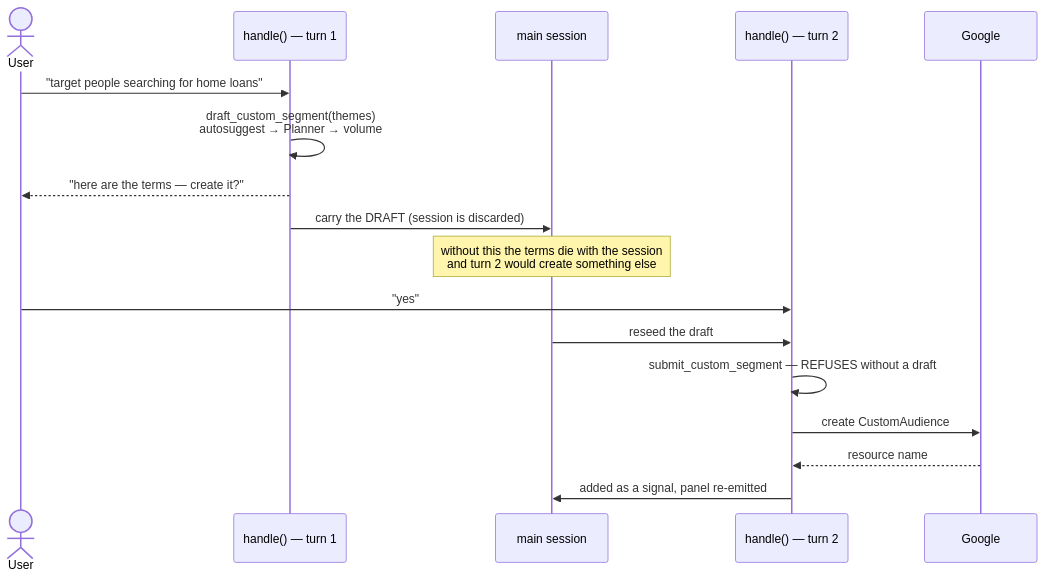
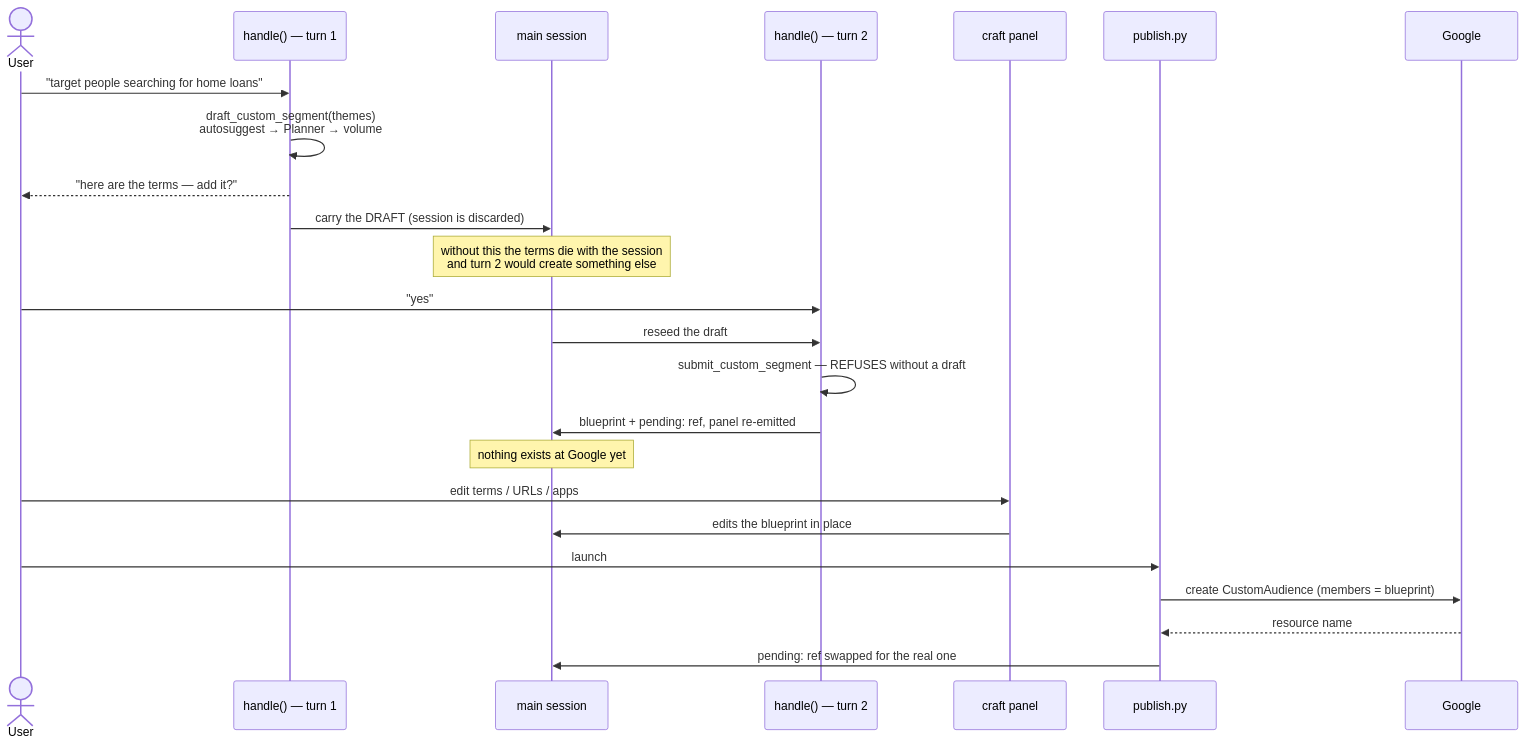
Before and after one commit to modlix-india/nocode-ai: the sixth of 6 diagrams in app/agents/adzump/agents/campaign/google/audience/AGENT.md, drawn with Mermaid. The commit also changed other lines of this file and 42 other files, not shown here.

Commit message:
fix(adzump): custom segments — keep the user's approved terms, route their reply back, batch chat edits

````diff
--- a/app/agents/adzump/agents/campaign/google/audience/AGENT.md
+++ b/app/agents/adzump/agents/campaign/google/audience/AGENT.md
@@ -242,21 +266,30 @@
 ```mermaid
 sequenceDiagram
     actor User
     participant H1 as handle() — turn 1
     participant Parent as main session
     participant H2 as handle() — turn 2
+    participant Panel as craft panel
+    participant PUB as publish.py
     participant G as Google
 
     User->>H1: "target people searching for home loans"
     H1->>H1: draft_custom_segment(themes)<br/>autosuggest → Planner → volume
-    H1-->>User: "here are the terms — create it?"
+    H1-->>User: "here are the terms — add it?"
     H1->>Parent: carry the DRAFT (session is discarded)
     Note over Parent: without this the terms die with the session<br/>and turn 2 would create something else
 
     User->>H2: "yes"
     Parent->>H2: reseed the draft
     H2->>H2: submit_custom_segment — REFUSES without a draft
-    H2->>G: create CustomAudience
-    G-->>H2: resource name
-    H2->>Parent: added as a signal, panel re-emitted
+    H2->>Parent: blueprint + pending: ref, panel re-emitted
+    Note over Parent: nothing exists at Google yet
+
+    User->>Panel: edit terms / URLs / apps
+    Panel->>Parent: edits the blueprint in place
+
+    User->>PUB: launch
+    PUB->>G: create CustomAudience (members = blueprint)
+    G-->>PUB: resource name
+    PUB->>Parent: pending: ref swapped for the real one
 ```
````
